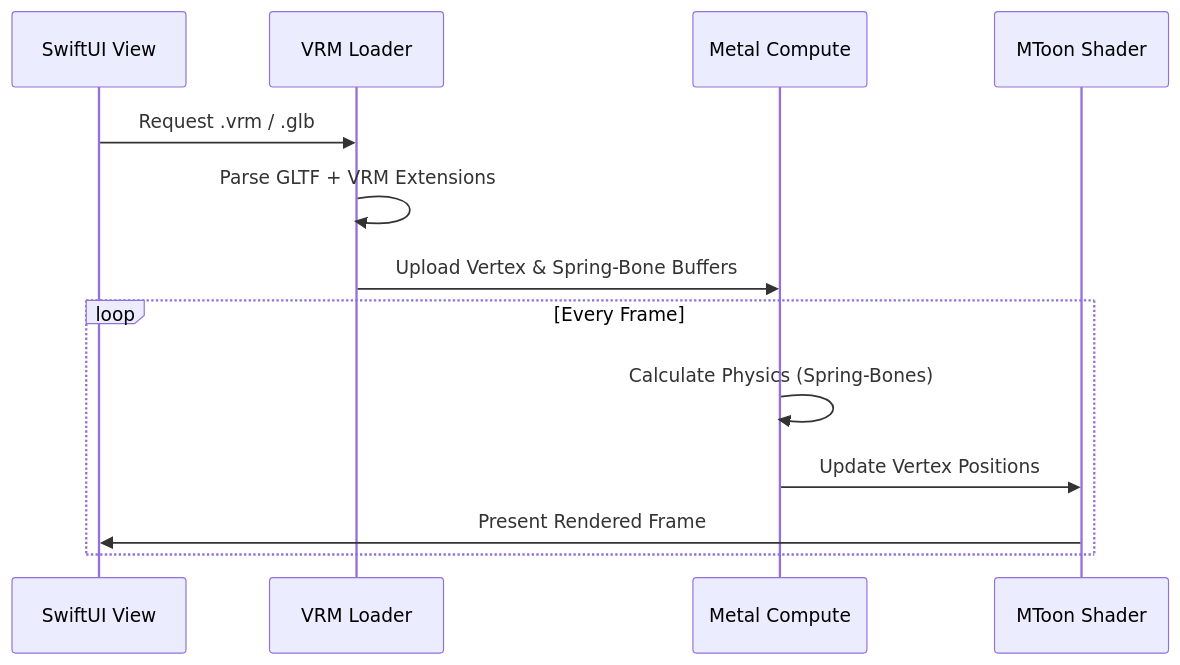
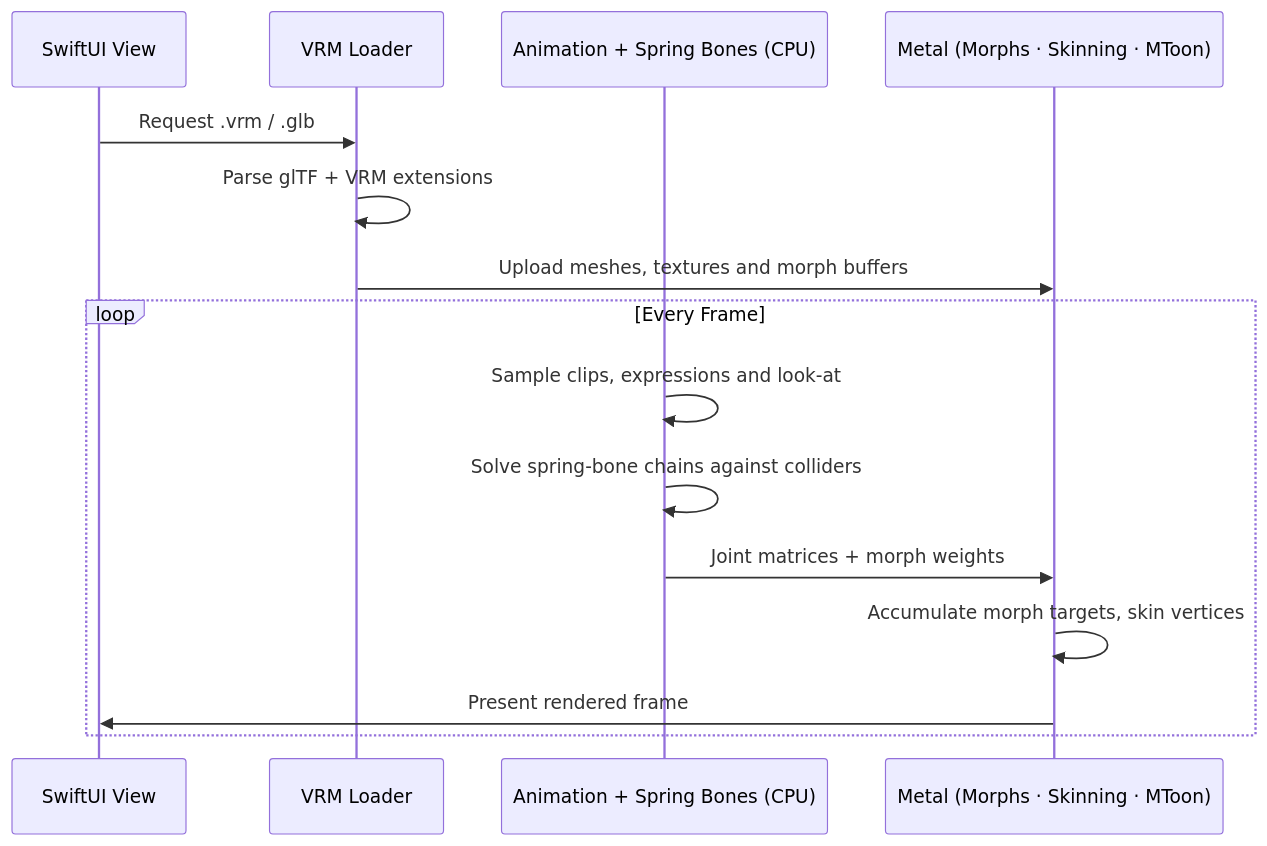
The third of 3 diagrams in README.md (kevinliddel/NeuraLink), drawn with Mermaid before and after one commit. The commit also changed other lines of this file and 241 other files, not shown here.

````diff
--- a/README.md
+++ b/README.md
@@ -222,16 +262,18 @@
 ```mermaid
 sequenceDiagram
     participant App as SwiftUI View
     participant Loader as VRM Loader
-    participant GPU as Metal Compute
-    participant Render as MToon Shader
+    participant CPU as Animation + Spring Bones (CPU)
+    participant GPU as Metal (Morphs · Skinning · MToon)
 
     App->>Loader: Request .vrm / .glb
-    Loader->>Loader: Parse GLTF + VRM Extensions
-    Loader->>GPU: Upload Vertex & Spring-Bone Buffers
+    Loader->>Loader: Parse glTF + VRM extensions
+    Loader->>GPU: Upload meshes, textures and morph buffers
     loop Every Frame
-        GPU->>GPU: Calculate Physics (Spring-Bones)
-        GPU->>Render: Update Vertex Positions
-        Render->>App: Present Rendered Frame
+        CPU->>CPU: Sample clips, expressions and look-at
+        CPU->>CPU: Solve spring-bone chains against colliders
+        CPU->>GPU: Joint matrices + morph weights
+        GPU->>GPU: Accumulate morph targets, skin vertices
+        GPU->>App: Present rendered frame
     end
 ```
````
